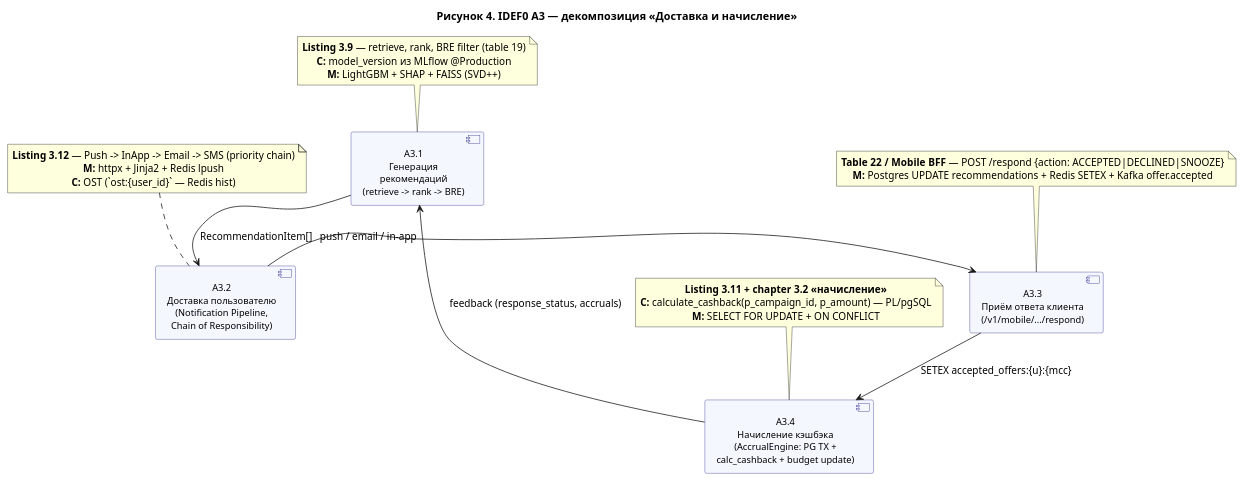
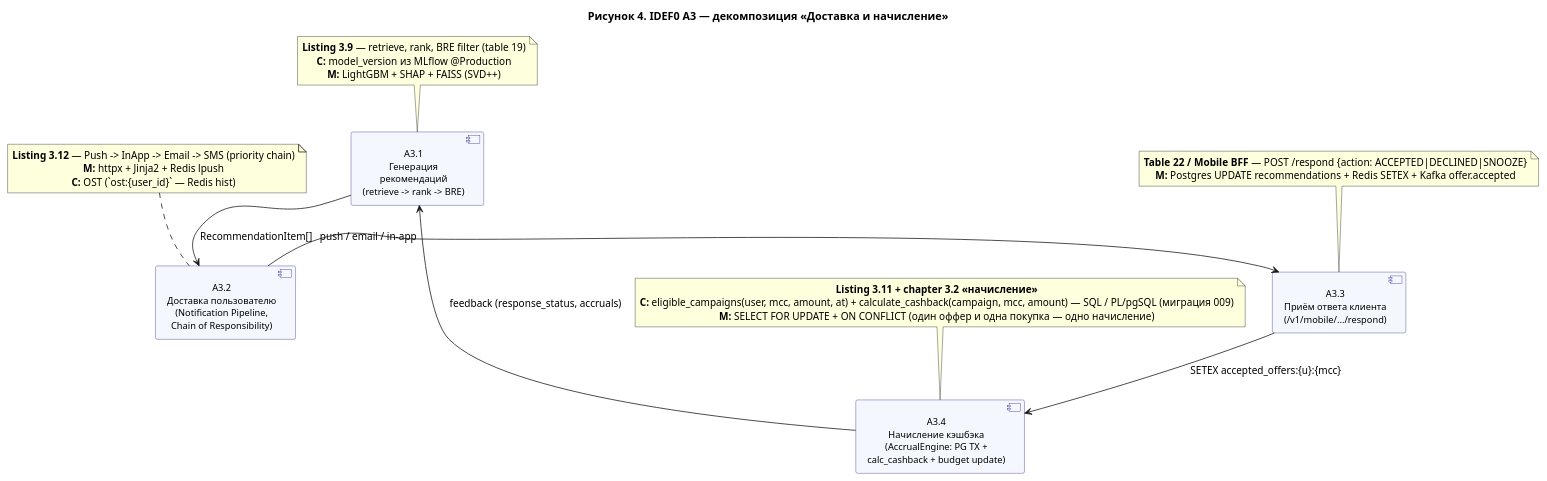
Before and after one commit to aristarkhpanin-ctrl/CashBack: the diagram in docs/architecture/idef0-a3-decomposition.puml, drawn with PlantUML. The commit also changed 16 other files, not shown here.

```diff
--- a/docs/architecture/idef0-a3-decomposition.puml
+++ b/docs/architecture/idef0-a3-decomposition.puml
@@ -1,45 +1,45 @@
 @startuml IDEF0-A3
 title Рисунок 4. IDEF0 A3 — декомпозиция «Доставка и начисление»
 
 skinparam defaultTextAlignment center
 skinparam shadowing false
 skinparam component {
     BackgroundColor #F5F7FF
     BorderColor #2E2E8A
     FontSize 12
 }
 
 component "A3.1\nГенерация\nрекомендаций\n(retrieve -> rank -> BRE)" as A31
 component "A3.2\nДоставка пользователю\n(Notification Pipeline,\nChain of Responsibility)" as A32
 component "A3.3\nПриём ответа клиента\n(/v1/mobile/.../respond)" as A33
 component "A3.4\nНачисление кэшбэка\n(AccrualEngine: PG TX +\ncalc_cashback + budget update)" as A34
 
 A31 -down-> A32 : RecommendationItem[]
 A32 -right-> A33 : push / email / in-app
 A33 -down-> A34 : SETEX accepted_offers:{u}:{mcc}
 A34 -up-> A31  : feedback (response_status, accruals)
 
 note top of A31
   **Listing 3.9** — retrieve, rank, BRE filter (table 19)
   **C:** model_version из MLflow @Production
   **M:** LightGBM + SHAP + FAISS (SVD++)
 end note
 
 note top of A32
   **Listing 3.12** — Push -> InApp -> Email -> SMS (priority chain)
   **M:** httpx + Jinja2 + Redis lpush
   **C:** OST (`ost:{user_id}` — Redis hist)
 end note
 
 note top of A33
   **Table 22 / Mobile BFF** — POST /respond {action: ACCEPTED|DECLINED|SNOOZE}
   **M:** Postgres UPDATE recommendations + Redis SETEX + Kafka offer.accepted
 end note
 
 note top of A34
   **Listing 3.11 + chapter 3.2 «начисление»**
-  **C:** calculate_cashback(p_campaign_id, p_amount) — PL/pgSQL
-  **M:** SELECT FOR UPDATE + ON CONFLICT
+  **C:** eligible_campaigns(user, mcc, amount, at) + calculate_cashback(campaign, mcc, amount) — SQL / PL/pgSQL (миграция 009)
+  **M:** SELECT FOR UPDATE + ON CONFLICT (один оффер и одна покупка — одно начисление)
 end note
 
 @enduml
```
